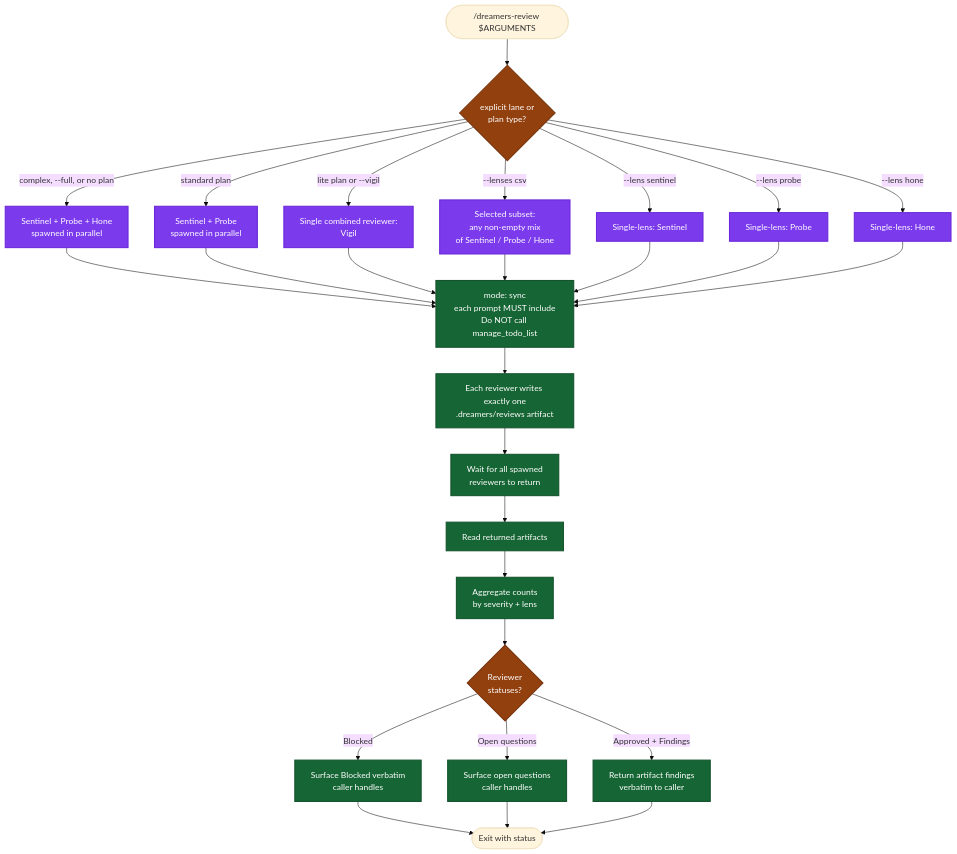
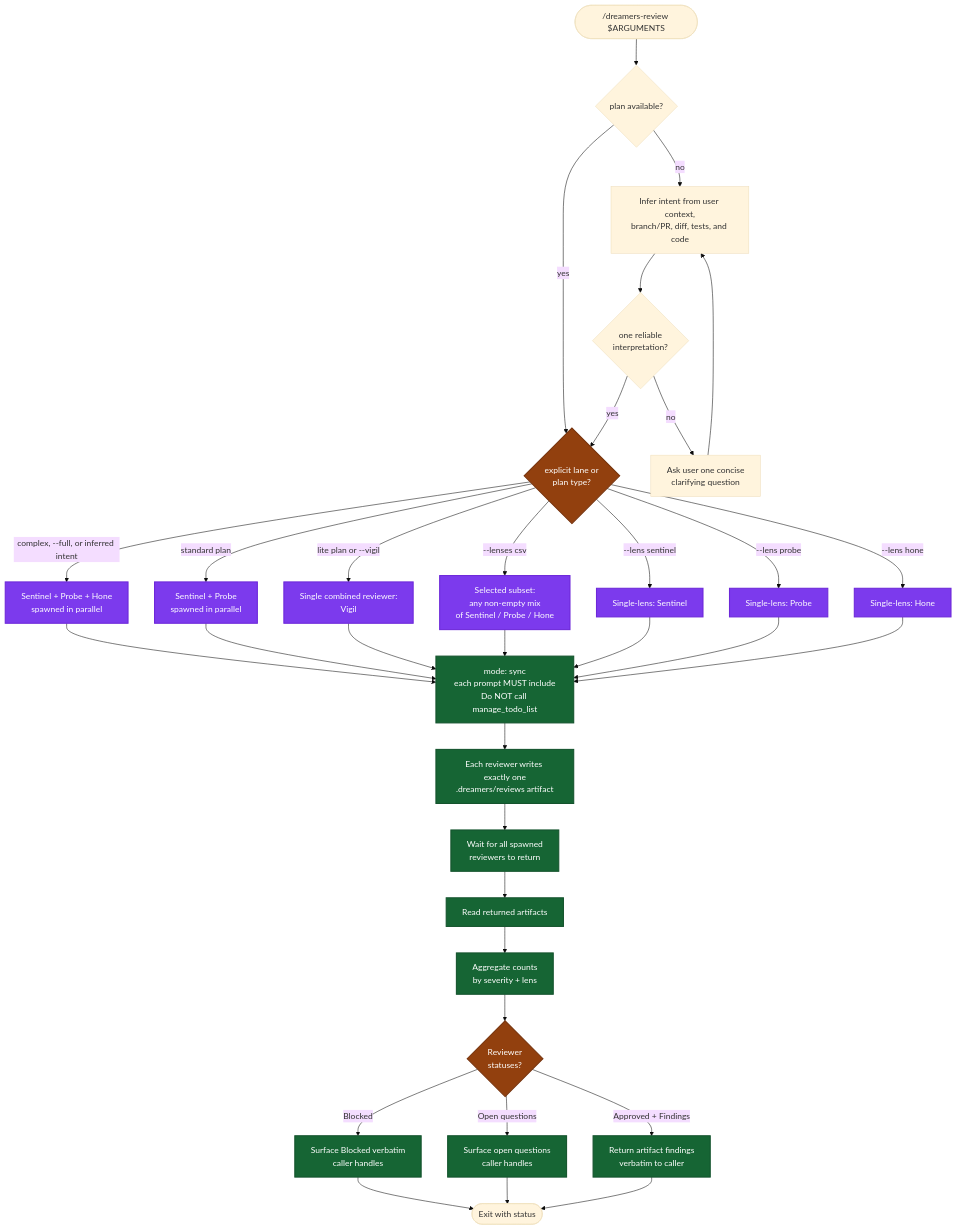
Before and after one commit to mrStorrs/dreamers-copilot: the diagram in .github/skills/dreamers-review/readme.md, drawn with Mermaid (base theme). The commit also changed other lines of this file and 11 other files, not shown here.

Commit message:
fix: review without a plan (#64)

````diff
--- a/.github/skills/dreamers-review/readme.md
+++ b/.github/skills/dreamers-review/readme.md
@@ -5,42 +5,48 @@
 ```mermaid
 flowchart TD
-    Start(["/dreamers-review $ARGUMENTS"]) --> ModeCheck{"explicit lane or<br/>plan type?"}
+    Start(["/dreamers-review $ARGUMENTS"]) --> Basis{"plan available?"}
+    Basis -->|yes| ModeCheck{"explicit lane or<br/>plan type?"}
+    Basis -->|no| Infer["Infer intent from user context,<br/>branch/PR, diff, tests, and code"]
+    Infer --> Clear{"one reliable<br/>interpretation?"}
+    Clear -->|no| Ask["Ask user one concise<br/>clarifying question"]
+    Ask --> Infer
+    Clear -->|yes| ModeCheck
 
     ModeCheck -->|lite plan or --vigil| Vigil["Single combined reviewer:<br/>Vigil"]
     ModeCheck -->|standard plan| Standard["Sentinel + Probe<br/>spawned in parallel"]
-    ModeCheck -->|complex, --full, or no plan| Triad["Sentinel + Probe + Hone<br/>spawned in parallel"]
+    ModeCheck -->|complex, --full, or inferred intent| Triad["Sentinel + Probe + Hone<br/>spawned in parallel"]
     ModeCheck -->|--lenses csv| Selected["Selected subset:<br/>any non-empty mix<br/>of Sentinel / Probe / Hone"]
     ModeCheck -->|--lens sentinel| LensS["Single-lens: Sentinel"]
     ModeCheck -->|--lens probe| LensP["Single-lens: Probe"]
     ModeCheck -->|--lens hone| LensH["Single-lens: Hone"]
 
     Triad --> Spawn["mode: sync<br/>each prompt MUST include<br/>Do NOT call manage_todo_list"]
     Standard --> Spawn
     Vigil --> Spawn
     Selected --> Spawn
     LensS --> Spawn
     LensP --> Spawn
     LensH --> Spawn
 
     Spawn --> WriteArtifact["Each reviewer writes exactly one<br/>.dreamers/reviews artifact"]
     WriteArtifact --> Wait["Wait for all spawned<br/>reviewers to return"]
     Wait --> Collect["Read returned artifacts"]
     Collect --> Aggregate["Aggregate counts<br/>by severity + lens"]
     Aggregate --> CheckStatus{"Reviewer<br/>statuses?"}
 
     CheckStatus -->|Blocked| Surface1["Surface Blocked verbatim<br/>caller handles"]
     CheckStatus -->|Open questions| Surface2["Surface open questions<br/>caller handles"]
     CheckStatus -->|Approved + Findings| Report["Return artifact findings<br/>verbatim to caller"]
 
     Surface1 --> End(["Exit with status"])
     Surface2 --> End
     Report --> End
 
     classDef gate fill:#92400e,stroke:#78350f,stroke-width:2px,color:#fff
     classDef phase fill:#166534,stroke:#14532d,stroke-width:2px,color:#fff
     classDef agent fill:#7c3aed,stroke:#6d28d9,stroke-width:2px,color:#fff
 
     class ModeCheck,CheckStatus gate
     class Triad,Standard,Vigil,Selected,LensS,LensP,LensH agent
     class Spawn,WriteArtifact,Wait,Collect,Aggregate,Surface1,Surface2,Report phase
 ```
````
